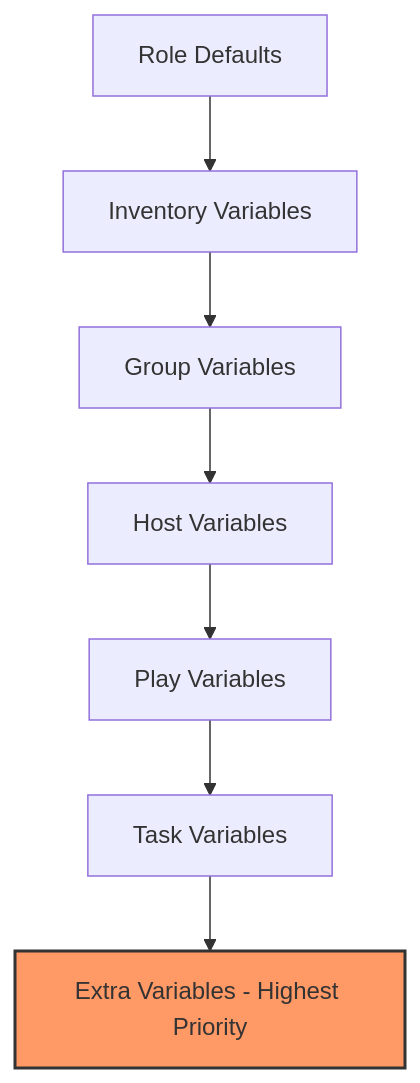
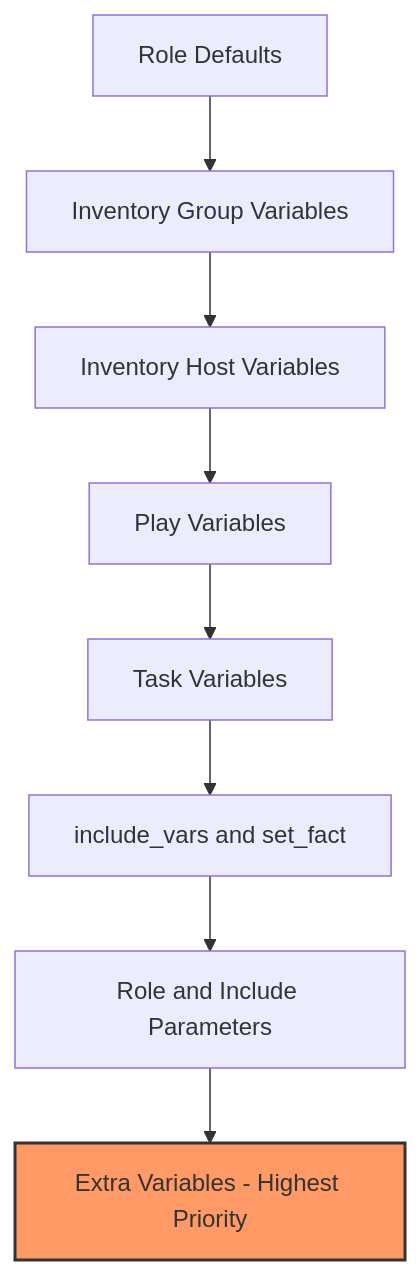
The diagram in posts/2026-02-21-how-to-use-ansible-ad-hoc-commands-with-extra-variables/README.md (OneUptime/blog), drawn with Mermaid before and after one commit. The commit also changed other lines of this file and 2 other files, not shown here.

Commit message:
validate: 2026-02-21-how-to-use-ansible-ad-hoc-commands-with-extra-variables

````diff
--- a/posts/2026-02-21-how-to-use-ansible-ad-hoc-commands-with-extra-variables/README.md
+++ b/posts/2026-02-21-how-to-use-ansible-ad-hoc-commands-with-extra-variables/README.md
@@ -163,10 +164,11 @@
 ```mermaid
 graph TD
-    A[Role Defaults] --> B[Inventory Variables]
-    B --> C[Group Variables]
-    C --> D[Host Variables]
-    D --> E[Play Variables]
-    E --> F[Task Variables]
-    F --> G[Extra Variables - Highest Priority]
-    style G fill:#f96,stroke:#333,stroke-width:2px
+    A[Role Defaults] --> B[Inventory Group Variables]
+    B --> C[Inventory Host Variables]
+    C --> D[Play Variables]
+    D --> E[Task Variables]
+    E --> F[include_vars and set_fact]
+    F --> G[Role and Include Parameters]
+    G --> H[Extra Variables - Highest Priority]
+    style H fill:#f96,stroke:#333,stroke-width:2px
 ```
````
